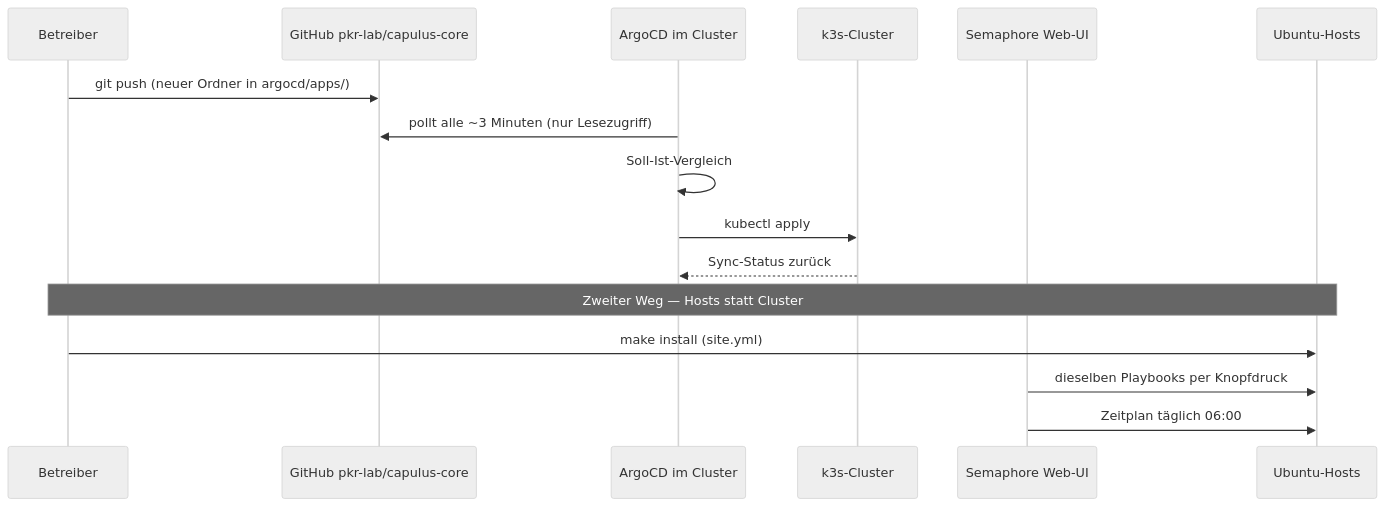
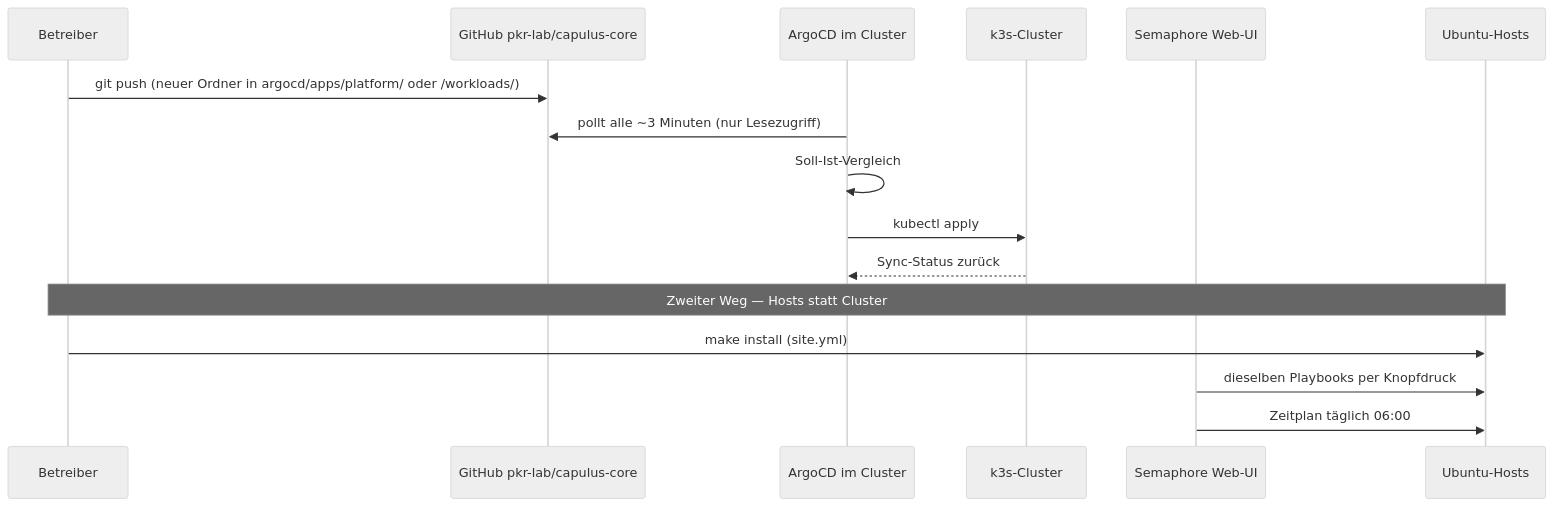
One commit to pkr-lab/capulus-core changed the third of 5 diagrams in docs/01-overview.md. Above: the diagram before and after it, drawn with Mermaid (neutral theme). The commit also changed other lines of this file and 2 other files, not shown here.

Commit message:
feat: update documentation for ArgoCD app structure and clarify platform/workloads separation

````diff
--- a/docs/01-overview.md
+++ b/docs/01-overview.md
@@ -146,20 +146,20 @@
 ```mermaid
 sequenceDiagram
     participant Dev as Betreiber
     participant Git as GitHub pkr-lab/capulus-core
     participant Argo as ArgoCD im Cluster
     participant K3s as k3s-Cluster
     participant Sem as Semaphore Web-UI
     participant Host as Ubuntu-Hosts
 
-    Dev->>Git: git push (neuer Ordner in argocd/apps/)
+    Dev->>Git: git push (neuer Ordner in argocd/apps/platform/ oder /workloads/)
     Argo->>Git: pollt alle ~3 Minuten (nur Lesezugriff)
     Argo->>Argo: Soll-Ist-Vergleich
     Argo->>K3s: kubectl apply
     K3s-->>Argo: Sync-Status zurück
 
     Note over Dev,Host: Zweiter Weg — Hosts statt Cluster
     Dev->>Host: make install (site.yml)
     Sem->>Host: dieselben Playbooks per Knopfdruck
     Sem->>Host: Zeitplan täglich 06:00
 ```
````
